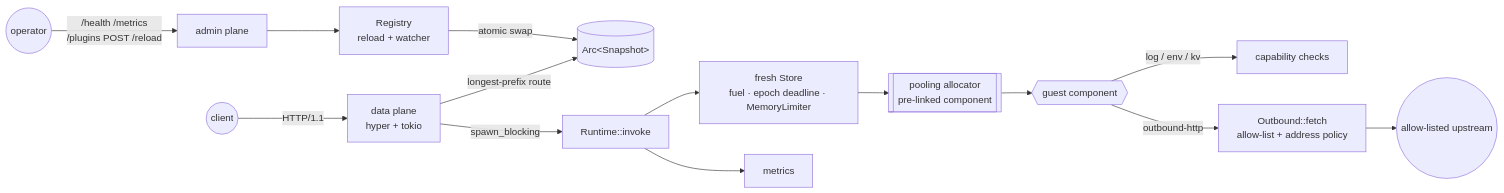
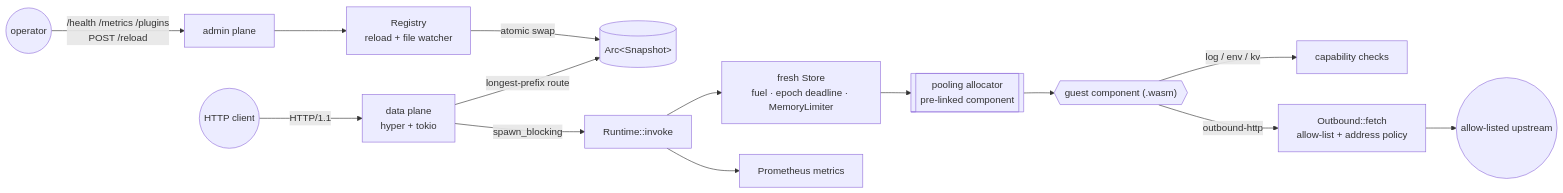
Before and after one commit to SlateGitOrg/plugbox: the diagram in README.md, drawn with Mermaid. The commit also changed other lines of this file and 2 other files, not shown here.

````diff
--- a/README.md
+++ b/README.md
@@ -56,16 +61,16 @@
 ```mermaid
 flowchart LR
-    client((client)) -->|HTTP/1.1| data[data plane<br/>hyper + tokio]
-    admin((operator)) -->|/health /metrics<br/>/plugins POST /reload| adm[admin plane]
-    data -->|longest-prefix route| snap[(Arc&lt;Snapshot&gt;)]
-    adm --> reg[Registry<br/>reload + watcher]
-    reg -->|atomic swap| snap
-    data -->|spawn_blocking| inv[Runtime::invoke]
-    inv --> store[fresh Store<br/>fuel · epoch deadline · MemoryLimiter]
-    store --> pool[[pooling allocator<br/>pre-linked component]]
-    pool --> guest{{guest component}}
-    guest -->|log / env / kv| caps[capability checks]
-    guest -->|outbound-http| out[Outbound::fetch<br/>allow-list + address policy]
-    out --> up((allow-listed upstream))
-    inv --> met[metrics]
+    client(("HTTP client")) -->|HTTP/1.1| data["data plane<br/>hyper + tokio"]
+    admin(("operator")) -->|"/health /metrics /plugins<br/>POST /reload"| adm["admin plane"]
+    data -->|"longest-prefix route"| snap[("Arc&lt;Snapshot&gt;")]
+    adm --> reg["Registry<br/>reload + file watcher"]
+    reg -->|"atomic swap"| snap
+    data -->|"spawn_blocking"| inv["Runtime::invoke"]
+    inv --> store["fresh Store<br/>fuel · epoch deadline · MemoryLimiter"]
+    store --> pool[["pooling allocator<br/>pre-linked component"]]
+    pool --> guest{{"guest component (.wasm)"}}
+    guest -->|"log / env / kv"| caps["capability checks"]
+    guest -->|"outbound-http"| out["Outbound::fetch<br/>allow-list + address policy"]
+    out --> up(("allow-listed upstream"))
+    inv --> met["Prometheus metrics"]
 ```
````
